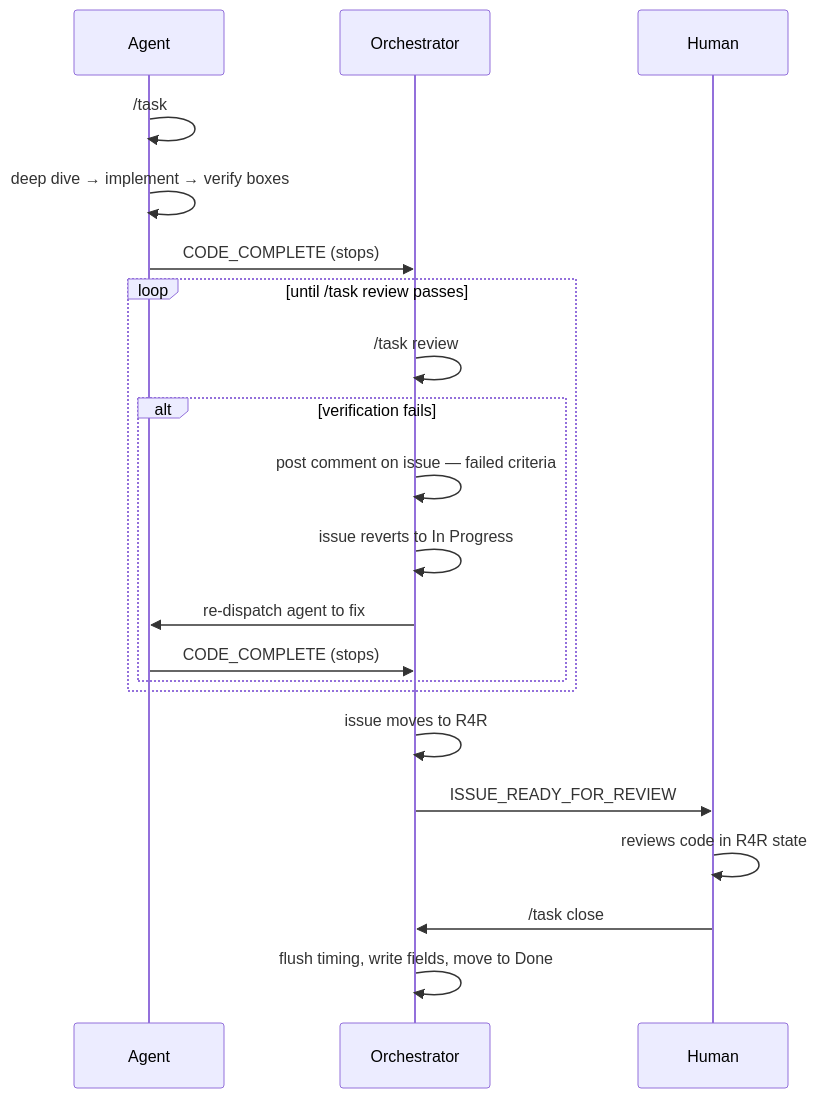
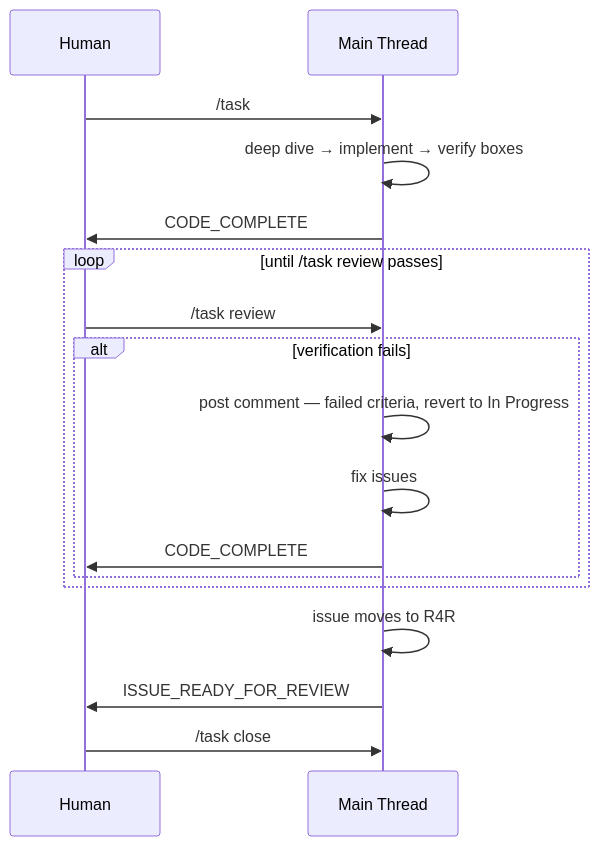
Before and after one commit to kburson/ai-task-manager: the second of 4 diagrams in docs/QUICKSTART.md, drawn with Mermaid. The commit also changed other lines of this file, not shown here.

First line of the commit message:
docs(quickstart): clarify who calls /task #N and add epic fan-out diagram

````diff
--- a/docs/QUICKSTART.md
+++ b/docs/QUICKSTART.md
@@ -71,27 +83,22 @@
 ```mermaid
 sequenceDiagram
-    participant A as Agent
-    participant O as Orchestrator
     participant H as Human
+    participant T as Main Thread
 
-    A->>A: /task #N — move to In Progress
-    A->>A: deep dive → implement → verify boxes
-    A->>O: CODE_COMPLETE (stops)
+    H->>T: /task #N
+    T->>T: deep dive → implement → verify boxes
+    T->>H: CODE_COMPLETE
 
     loop until /task review passes
-        O->>O: /task review #N
+        H->>T: /task review #N
         alt verification fails
-            O->>O: post comment on issue — failed criteria
-            O->>O: issue reverts to In Progress
-            O->>A: re-dispatch agent to fix
-            A->>O: CODE_COMPLETE (stops)
+            T->>T: post comment — failed criteria, revert to In Progress
+            T->>T: fix issues
+            T->>H: CODE_COMPLETE
         end
     end
 
-    O->>O: issue moves to R4R
-    O->>H: ISSUE_READY_FOR_REVIEW
-
-    H->>H: reviews code in R4R state
-    H->>O: /task close #N
-    O->>O: flush timing, write fields, move to Done
+    T->>T: issue moves to R4R
+    T->>H: ISSUE_READY_FOR_REVIEW
+    H->>T: /task close #N
 ```
````
